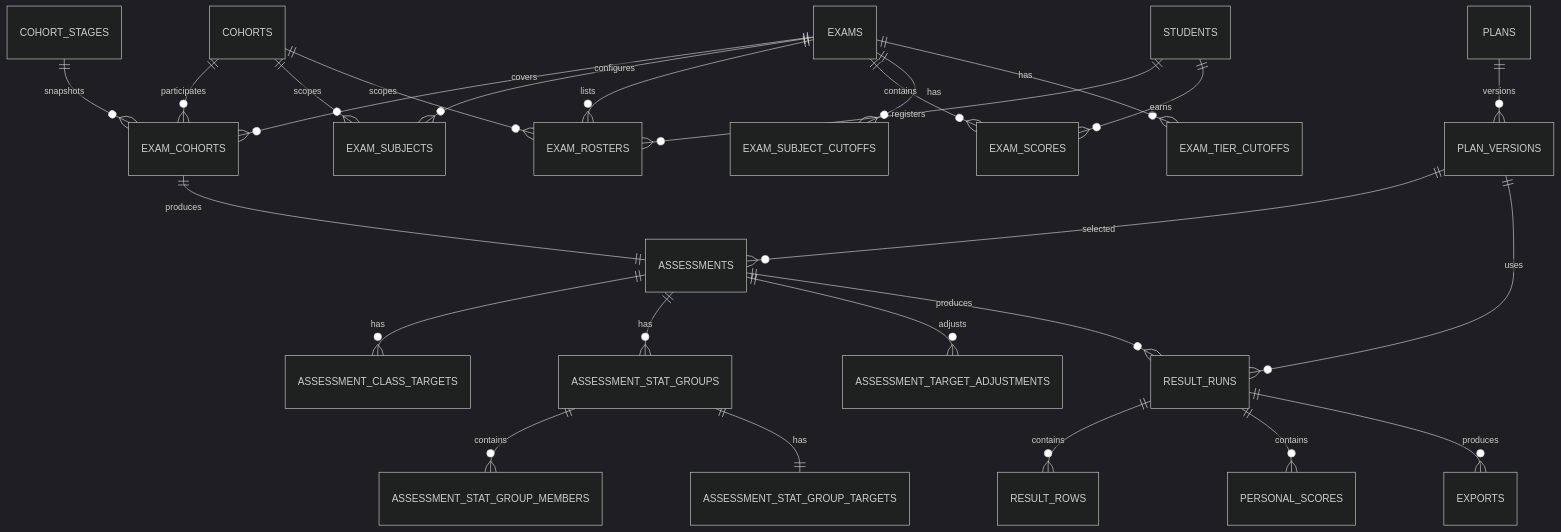
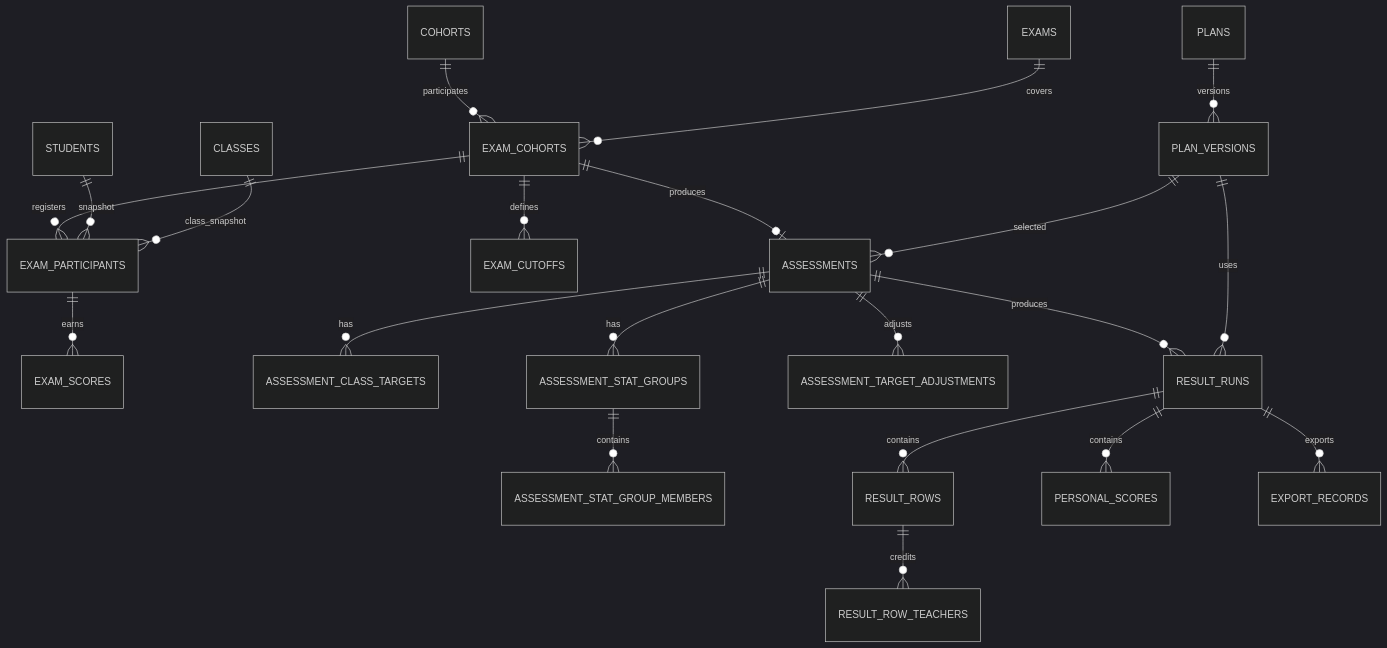
The seventh of 7 diagrams in docs/product-redesign.md (SivonLi/Tally), drawn with Mermaid (dark theme) before and after one commit. The commit also changed other lines of this file and 2 other files, not shown here.

First line of the commit message:
docs: 同步 Schema v1 与全校档案界面的设计文档

````diff
--- a/docs/product-redesign.md
+++ b/docs/product-redesign.md
@@ -1511,28 +1508,23 @@
 ```mermaid
 erDiagram
   COHORTS ||--o{ EXAM_COHORTS : participates
   EXAMS ||--o{ EXAM_COHORTS : covers
-  COHORT_STAGES ||--o{ EXAM_COHORTS : snapshots
-  COHORTS ||--o{ EXAM_SUBJECTS : scopes
-  EXAMS ||--o{ EXAM_SUBJECTS : configures
-  COHORTS ||--o{ EXAM_ROSTERS : scopes
-  EXAMS ||--o{ EXAM_ROSTERS : lists
-  STUDENTS ||--o{ EXAM_ROSTERS : registers
-  EXAMS ||--o{ EXAM_SCORES : contains
-  STUDENTS ||--o{ EXAM_SCORES : earns
-  EXAMS ||--o{ EXAM_SUBJECT_CUTOFFS : has
-  EXAMS ||--o{ EXAM_TIER_CUTOFFS : has
-  EXAM_COHORTS ||--|| ASSESSMENTS : produces
+  EXAM_COHORTS ||--o{ EXAM_PARTICIPANTS : registers
+  STUDENTS ||--o{ EXAM_PARTICIPANTS : snapshot
+  CLASSES ||--o{ EXAM_PARTICIPANTS : class_snapshot
+  EXAM_PARTICIPANTS ||--o{ EXAM_SCORES : earns
+  EXAM_COHORTS ||--o{ EXAM_CUTOFFS : defines
+  EXAM_COHORTS ||--o| ASSESSMENTS : produces
   ASSESSMENTS ||--o{ ASSESSMENT_CLASS_TARGETS : has
   ASSESSMENTS ||--o{ ASSESSMENT_STAT_GROUPS : has
   ASSESSMENTS ||--o{ ASSESSMENT_TARGET_ADJUSTMENTS : adjusts
   ASSESSMENT_STAT_GROUPS ||--o{ ASSESSMENT_STAT_GROUP_MEMBERS : contains
-  ASSESSMENT_STAT_GROUPS ||--|| ASSESSMENT_STAT_GROUP_TARGETS : has
   PLANS ||--o{ PLAN_VERSIONS : versions
   PLAN_VERSIONS ||--o{ ASSESSMENTS : selected
   ASSESSMENTS ||--o{ RESULT_RUNS : produces
   PLAN_VERSIONS ||--o{ RESULT_RUNS : uses
   RESULT_RUNS ||--o{ RESULT_ROWS : contains
+  RESULT_ROWS ||--o{ RESULT_ROW_TEACHERS : credits
   RESULT_RUNS ||--o{ PERSONAL_SCORES : contains
-  RESULT_RUNS ||--o{ EXPORTS : produces
+  RESULT_RUNS ||--o{ EXPORT_RECORDS : exports
 ```
````
